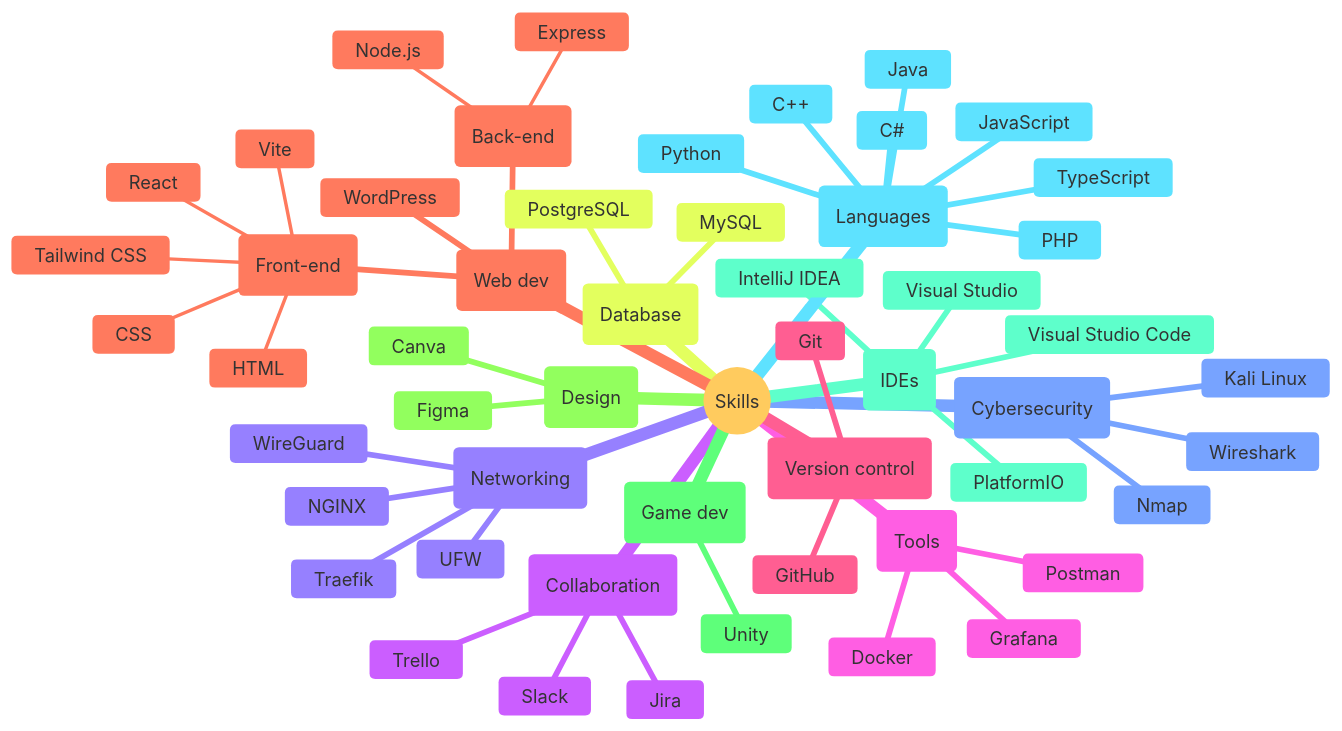
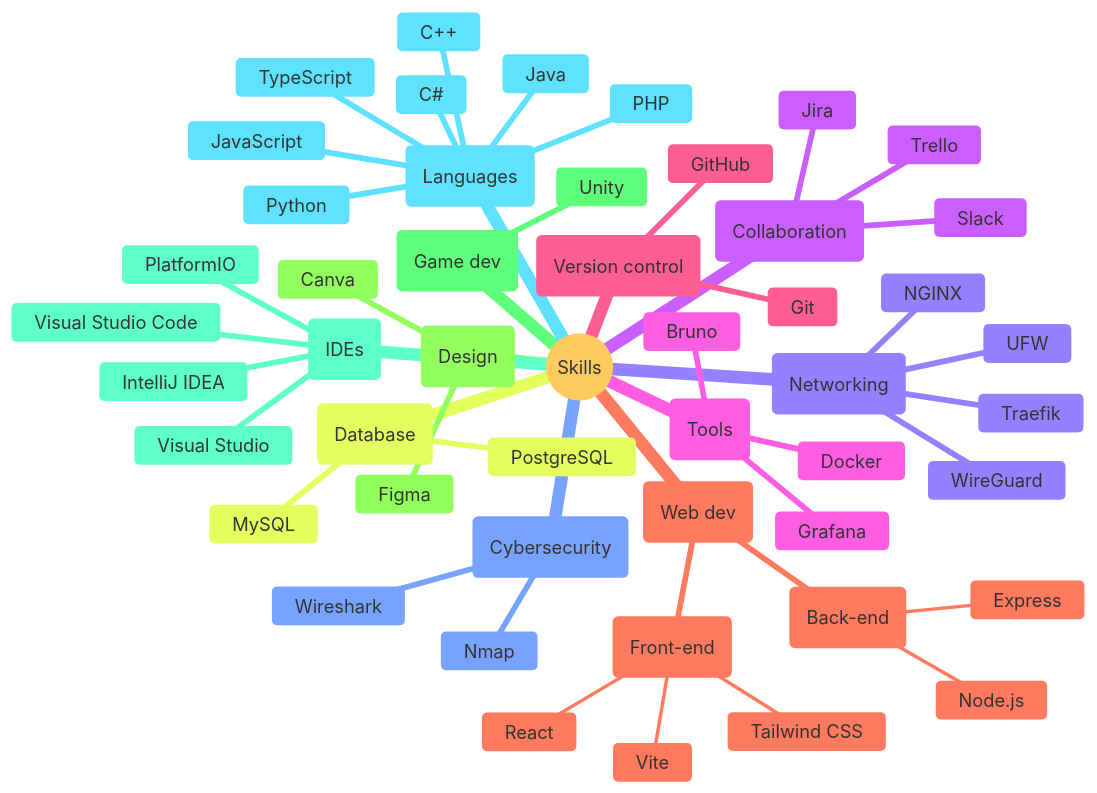
One commit to alexwauquier/alexwauquier changed the diagram in README.md. Above: the diagram before and after it, drawn with Mermaid.

````diff
--- a/README.md
+++ b/README.md
@@ -16,60 +16,56 @@
 ```mermaid
 ---
 config:
   theme: base
 ---
 mindmap
   root((Skills))
     co(Collaboration)
       Jira
       Slack
       Trello
     cy(Cybersecurity)
-      Kali Linux
       Nmap
       Wireshark
     db(Database)
       MySQL
       PostgreSQL
     de(Design)
       Canva
       Figma
     gd(Game dev)
       Unity
     id(IDEs)
       IntelliJ IDEA
       PlatformIO
       Visual Studio
       Visual Studio Code
     la(Languages)
       C++
       C#
       Java
       JavaScript
       PHP
       Python
       TypeScript
     ne(Networking)
       NGINX
       Traefik
       UFW
       WireGuard
     to(Tools)
+      Bruno
       Docker
       Grafana
-      Postman
     vc(Version control)
       Git
       GitHub
     wd(Web dev)
-      WordPress
       be(Back-end)
         Express
         Node.js
       fe(Front-end)
-        CSS
-        HTML
         React
         Tailwind CSS
         Vite
 ```
````
